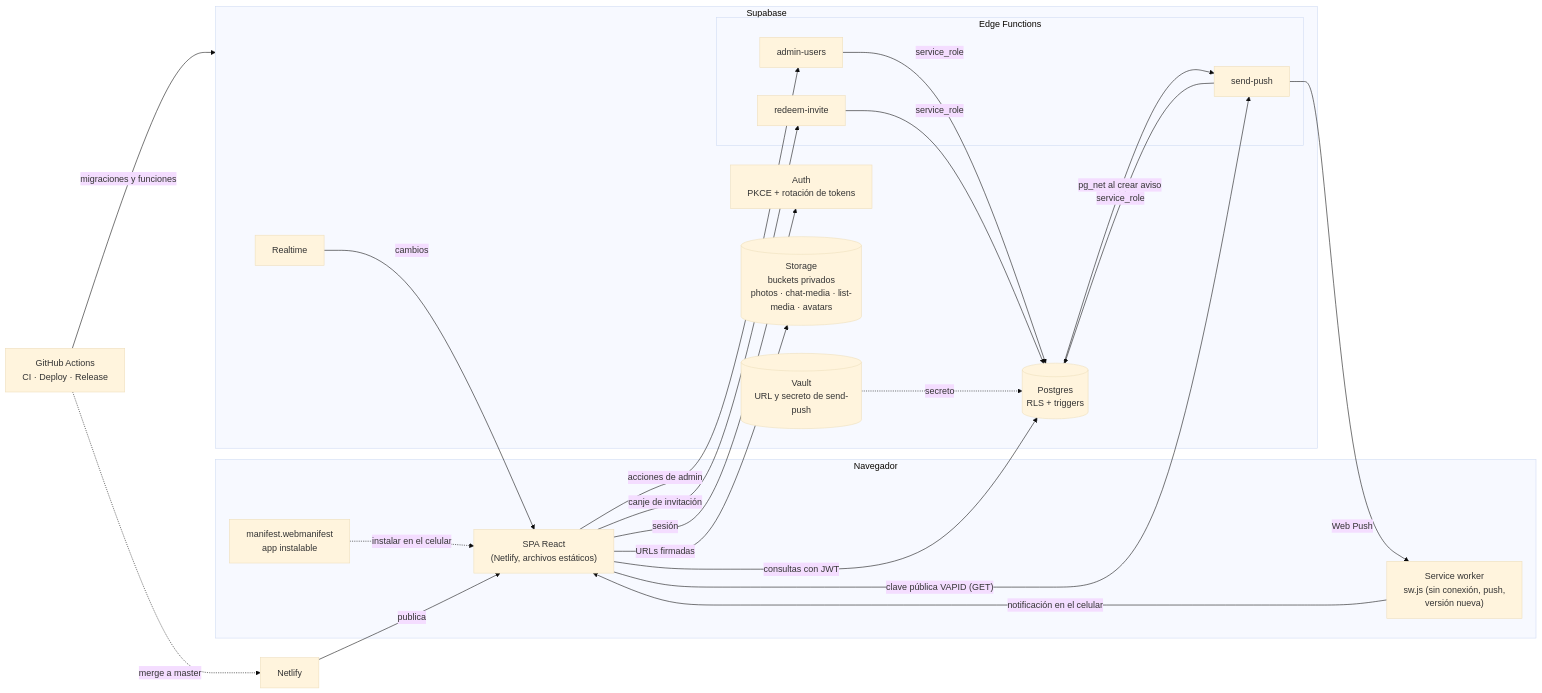
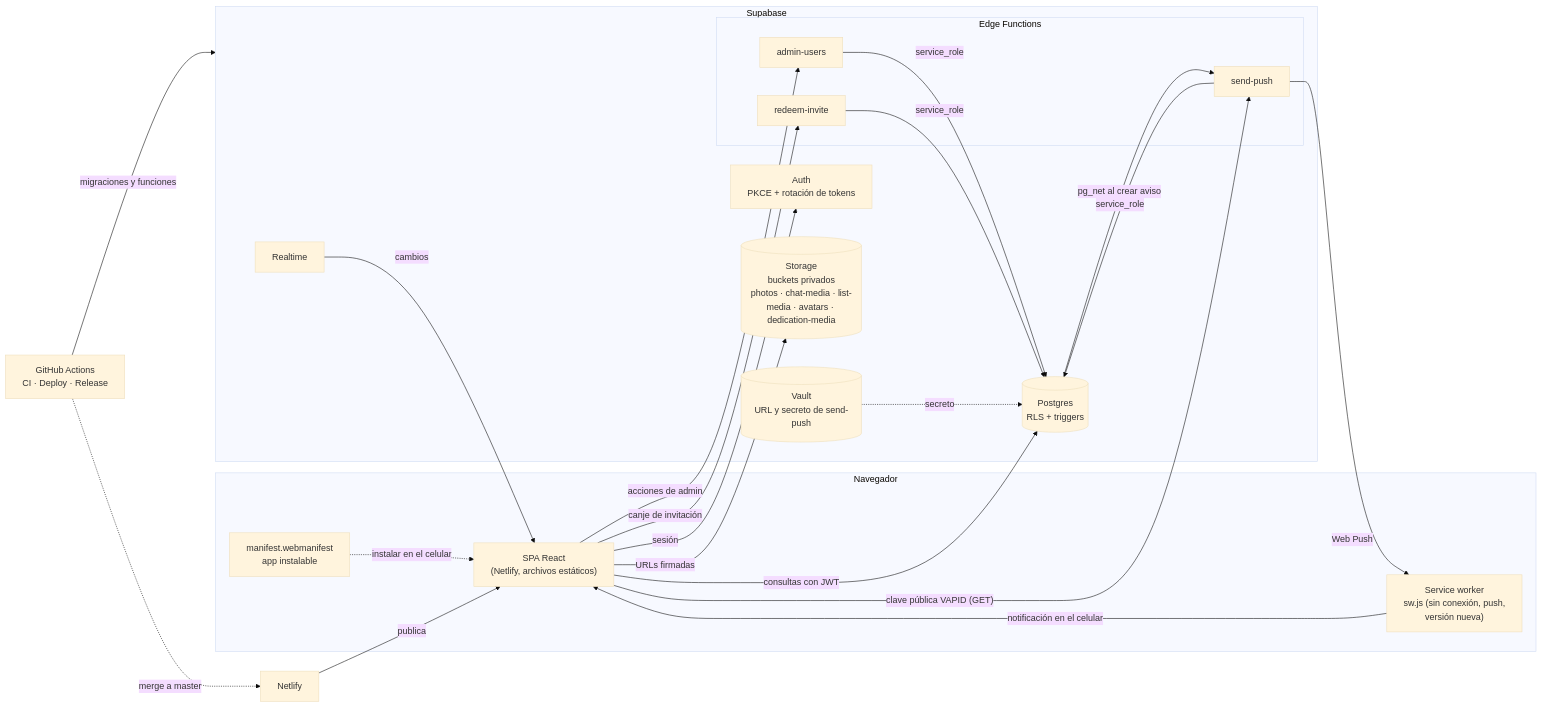
The first of 60 diagrams in docs/DIAGRAMAS.md (Juan-Carlos-Estevez-Vargas/Camila-Sanchez), drawn with Mermaid (base theme) before and after one commit. The commit also changed other lines of this file and 7 other files, not shown here.

Commit message:
docs(dedicatorias): manual, arquitectura, seguridad, diagramas y capturas de las dedicatorias y la playlist

````diff
--- a/docs/DIAGRAMAS.md
+++ b/docs/DIAGRAMAS.md
@@ -37,39 +38,39 @@
 ```mermaid
 flowchart LR
   subgraph Navegador
     SPA["SPA React<br/>(Netlify, archivos estáticos)"]
     SW["Service worker<br/>sw.js (sin conexión, push,<br/>versión nueva)"]
     MF["manifest.webmanifest<br/>app instalable"]
   end
   subgraph Supabase
     AUTH["Auth<br/>PKCE + rotación de tokens"]
     DB[("Postgres<br/>RLS + triggers")]
-    ST[("Storage<br/>buckets privados<br/>photos · chat-media · list-media · avatars")]
+    ST[("Storage<br/>buckets privados<br/>photos · chat-media · list-media · avatars · dedication-media")]
     RT["Realtime"]
     VA[("Vault<br/>URL y secreto de send-push")]
     subgraph Edge["Edge Functions"]
       AU["admin-users"]
       RI["redeem-invite"]
       SP["send-push"]
     end
   end
   GH["GitHub Actions<br/>CI · Deploy · Release"]
   NL["Netlify"]
 
   MF -. "instalar en el celular" .-> SPA
   SPA -- "sesión" --> AUTH
   SPA -- "consultas con JWT" --> DB
   SPA -- "URLs firmadas" --> ST
   RT -- "cambios" --> SPA
   SPA -- "acciones de admin" --> AU
   SPA -- "canje de invitación" --> RI
   DB -- "pg_net al crear aviso" --> SP
   VA -. "secreto" .-> DB
   SPA -- "clave pública VAPID (GET)" --> SP
   SP -- "Web Push" --> SW
   SW -- "notificación en el celular" --> SPA
   AU & RI & SP -- "service_role" --> DB
   GH -- "migraciones y funciones" --> Supabase
   GH -. "merge a master" .-> NL
   NL -- "publica" --> SPA
 ```
````
